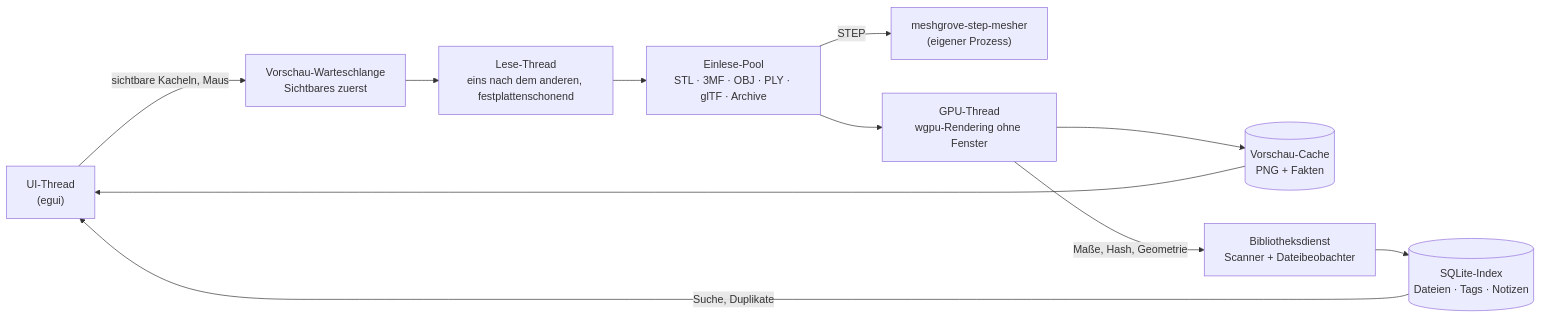
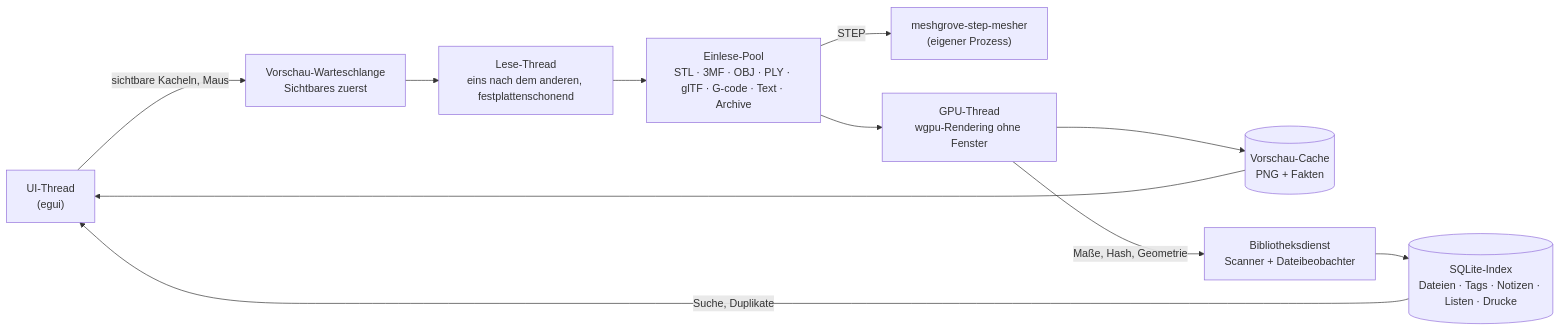
Before and after one commit to DonDavis-vibe/MeshGrove: the diagram in README.de.md, drawn with Mermaid. The commit also changed other lines of this file and 6 other files, not shown here.

````diff
--- a/README.de.md
+++ b/README.de.md
@@ -793,13 +947,13 @@
 ```mermaid
 flowchart LR
     UI["UI-Thread<br/>(egui)"] -- "sichtbare Kacheln, Maus" --> Q["Vorschau-Warteschlange<br/>Sichtbares zuerst"]
     Q --> IO["Lese-Thread<br/>eins nach dem anderen, festplattenschonend"]
-    IO --> P["Einlese-Pool<br/>STL · 3MF · OBJ · PLY · glTF · Archive"]
+    IO --> P["Einlese-Pool<br/>STL · 3MF · OBJ · PLY · glTF · G-code · Text · Archive"]
     P -- "STEP" --> S["meshgrove-step-mesher<br/>(eigener Prozess)"]
     P --> G["GPU-Thread<br/>wgpu-Rendering ohne Fenster"]
     G --> C[("Vorschau-Cache<br/>PNG + Fakten")]
     C --> UI
-    L["Bibliotheksdienst<br/>Scanner + Dateibeobachter"] --> DB[("SQLite-Index<br/>Dateien · Tags · Notizen")]
+    L["Bibliotheksdienst<br/>Scanner + Dateibeobachter"] --> DB[("SQLite-Index<br/>Dateien · Tags · Notizen · Listen · Drucke")]
     G -- "Maße, Hash, Geometrie" --> L
     DB -- "Suche, Duplikate" --> UI
 ```
````
